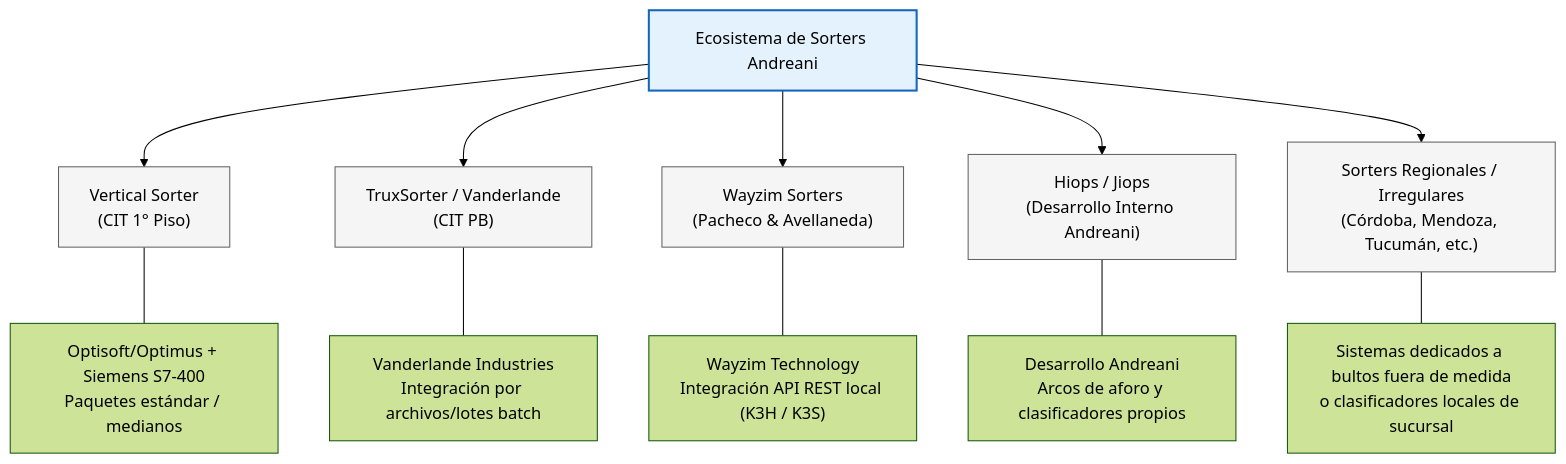
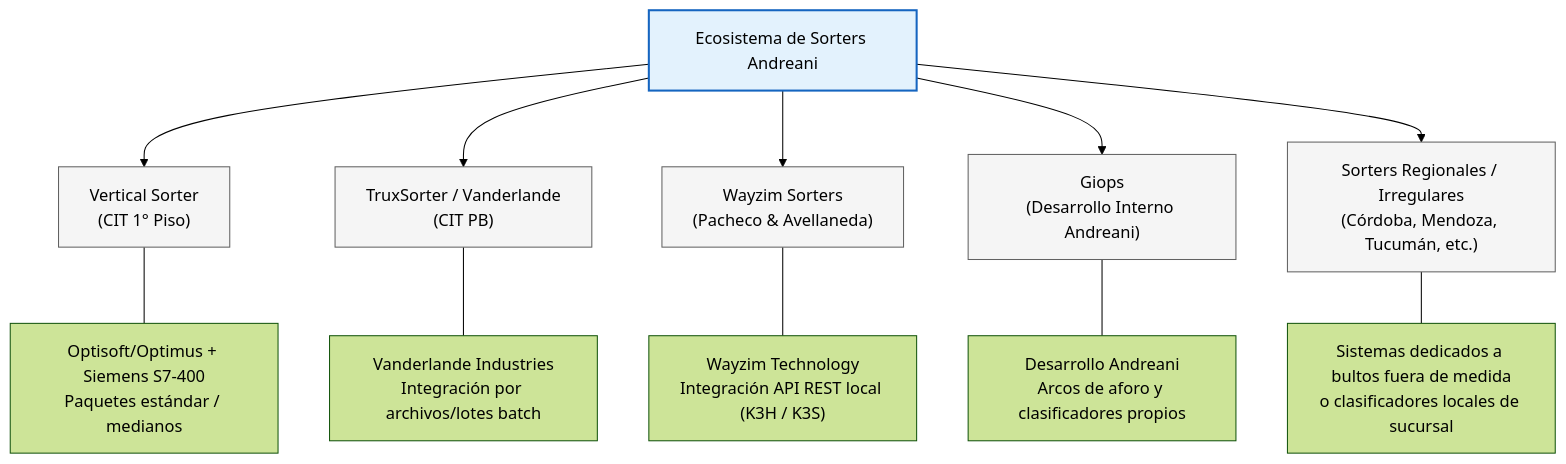
The first of 2 diagrams in docs/01-arquitectura-general.md (lmonasterio-andreani/sorters), drawn with Mermaid (forest theme) before and after one commit. The commit also changed other lines of this file and 10 other files, not shown here.

````diff
--- a/docs/01-arquitectura-general.md
+++ b/docs/01-arquitectura-general.md
@@ -19,19 +19,19 @@
 ```mermaid
 graph TD
     classDef main fill:#e3f2fd,stroke:#1565c0,stroke-width:2px;
     classDef sub fill:#f5f5f5,stroke:#616161,stroke-width:1px;
 
     Sorters["Ecosistema de Sorters Andreani"]:::main
     
     Sorters --> S1["Vertical Sorter<br/>(CIT 1° Piso)"]:::sub
     Sorters --> S2["TruxSorter / Vanderlande<br/>(CIT PB)"]:::sub
     Sorters --> S3["Wayzim Sorters<br/>(Pacheco & Avellaneda)"]:::sub
-    Sorters --> S4["Hiops / Jiops<br/>(Desarrollo Interno Andreani)"]:::sub
+    Sorters --> S4["Giops<br/>(Desarrollo Interno Andreani)"]:::sub
     Sorters --> S5["Sorters Regionales / Irregulares<br/>(Córdoba, Mendoza, Tucumán, etc.)"]:::sub
 
     S1 --- D1["Optisoft/Optimus + Siemens S7-400<br/>Paquetes estándar / medianos"]
     S2 --- D2["Vanderlande Industries<br/>Integración por archivos/lotes batch"]
     S3 --- D3["Wayzim Technology<br/>Integración API REST local (K3H / K3S)"]
     S4 --- D4["Desarrollo Andreani<br/>Arcos de aforo y clasificadores propios"]
     S5 --- D5["Sistemas dedicados a bultos fuera de medida<br/>o clasificadores locales de sucursal"]
 ```
````
